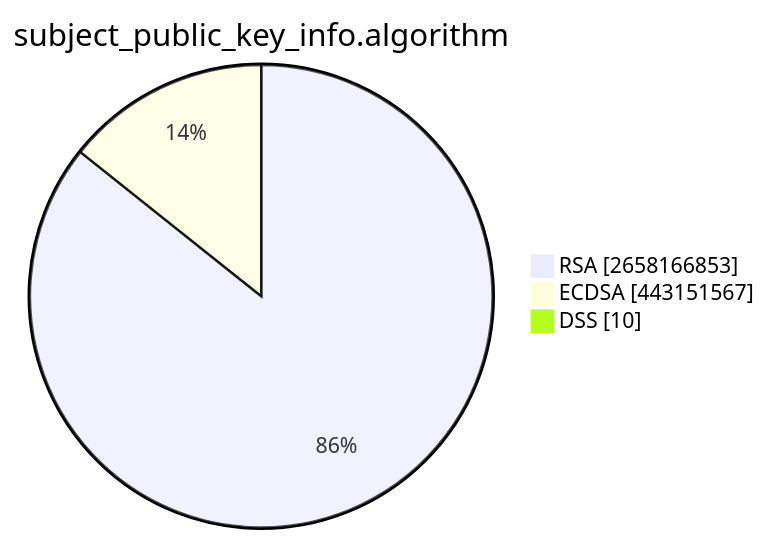
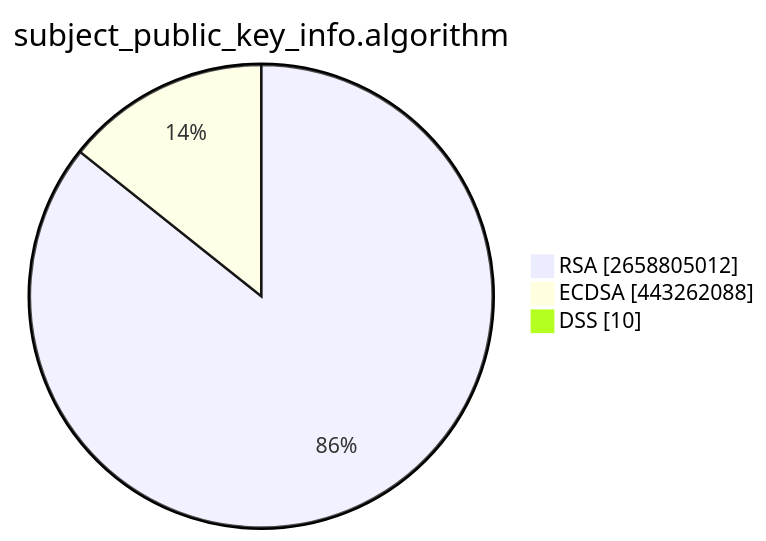
Before and after one commit to christiankrug/ctmonitor_visualization: the second of 15 diagrams in TOTAL/README.md, drawn with Mermaid. The commit also changed other lines of this file, not shown here.

````diff
--- a/TOTAL/README.md
+++ b/TOTAL/README.md
@@ -6,7 +6,7 @@
 ```mermaid
 pie showData
 title subject_public_key_info.algorithm
-"RSA" :2658166853
-"ECDSA" :443151567
+"RSA" :2658805012
+"ECDSA" :443262088
 "DSS" :10
 ```
````
